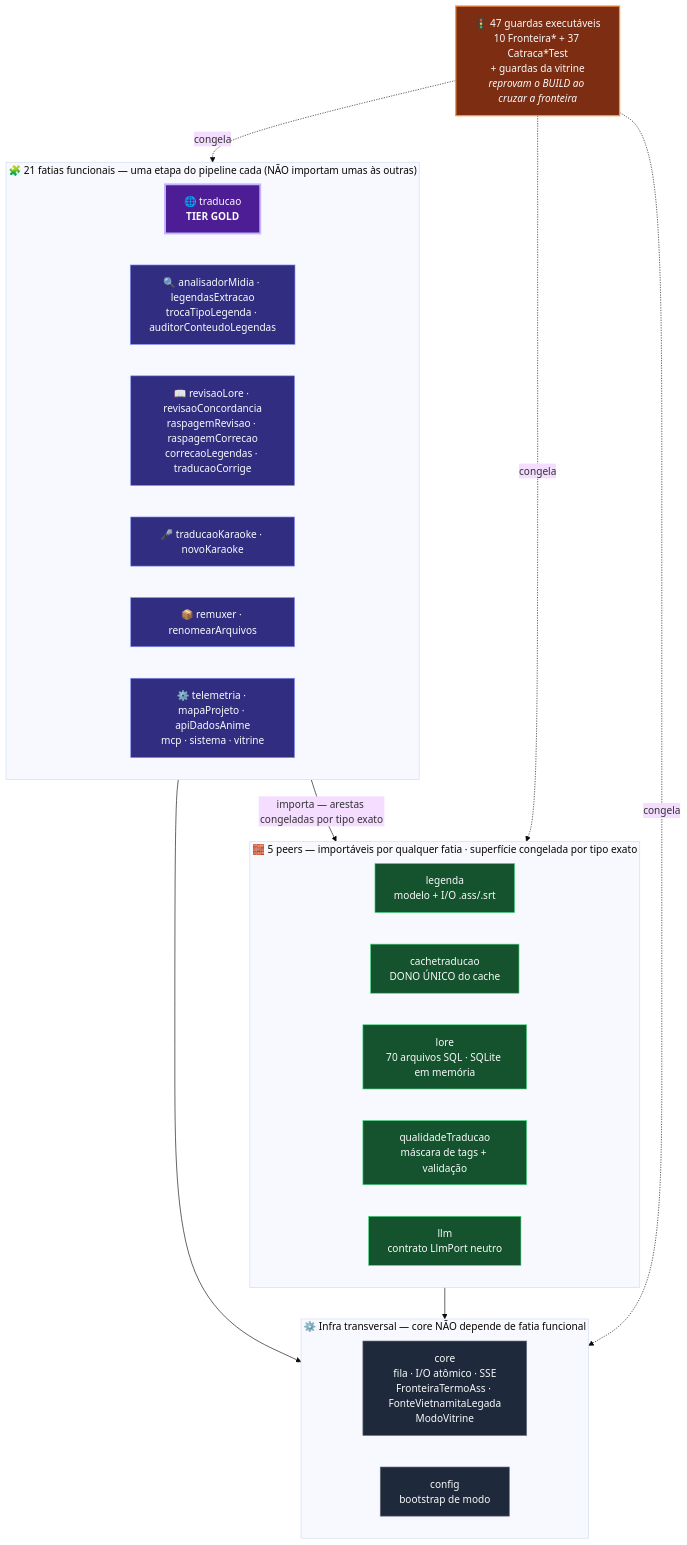
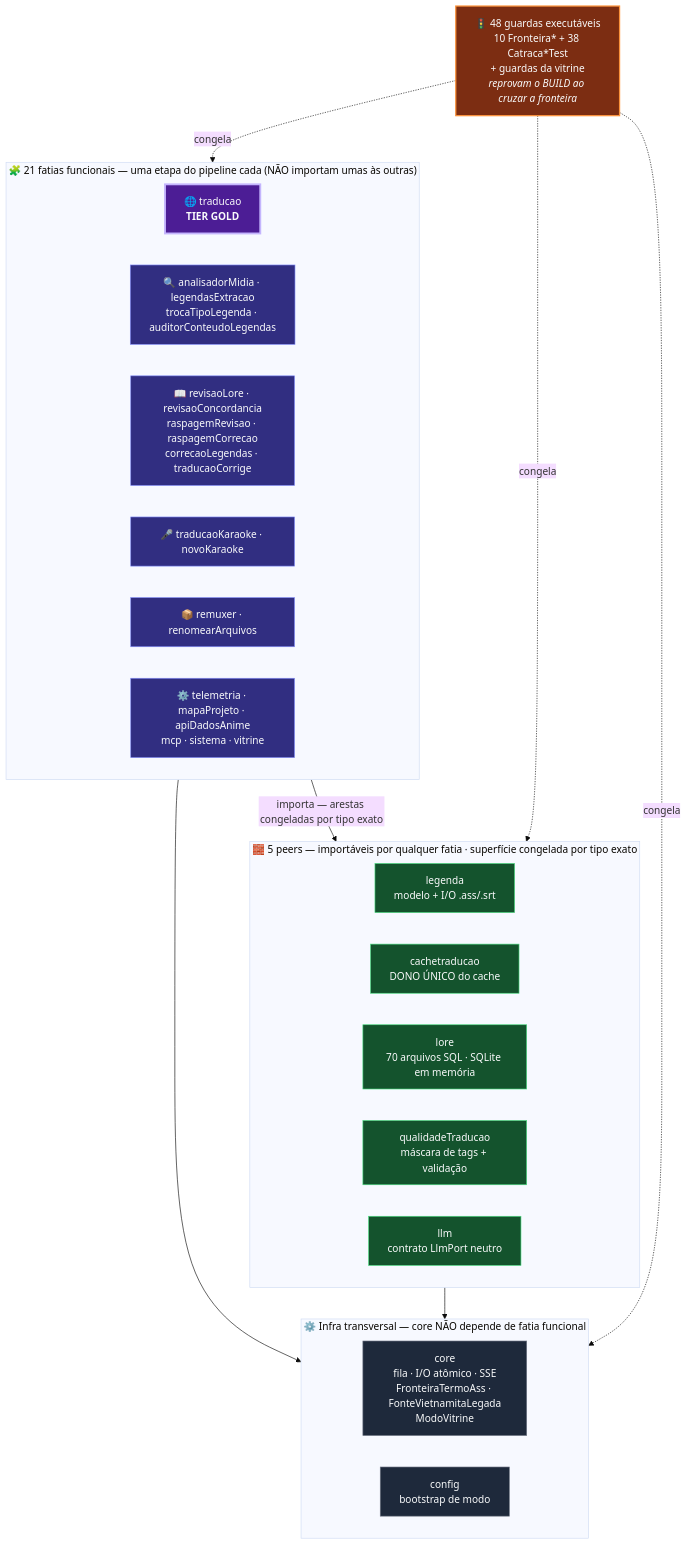
One commit to carmipa/kronos changed the first of 5 diagrams in docs/arquitetura.md. Above: the diagram before and after it, drawn with Mermaid (base theme). The commit also changed other lines of this file and 3 other files, not shown here.

````diff
--- a/docs/arquitetura.md
+++ b/docs/arquitetura.md
@@ -148,47 +160,47 @@
 ```mermaid
 graph TB
     subgraph FUNC["🧩 21 fatias funcionais — uma etapa do pipeline cada (NÃO importam umas às outras)"]
         direction LR
         TRAD["🌐 traducao<br/><b>TIER GOLD</b>"]
         PREP["🔍 analisadorMidia · legendasExtracao<br/>trocaTipoLegenda · auditorConteudoLegendas"]
         QUALF["📖 revisaoLore · revisaoConcordancia<br/>raspagemRevisao · raspagemCorrecao<br/>correcaoLegendas · traducaoCorrige"]
         KAR["🎤 traducaoKaraoke · novoKaraoke"]
         FIM["📦 remuxer · renomearArquivos"]
         SIS["⚙️ telemetria · mapaProjeto · apiDadosAnime<br/>mcp · sistema · vitrine"]
     end
 
     subgraph PEERS["🧱 5 peers — importáveis por qualquer fatia · superfície congelada por tipo exato"]
         direction LR
         LEG["legenda<br/>modelo + I/O .ass/.srt"]
         CACHE["cachetraducao<br/>DONO ÚNICO do cache"]
         CTX["lore<br/>70 arquivos SQL · SQLite em memória"]
         QUAL["qualidadeTraducao<br/>máscara de tags + validação"]
         LLM["llm<br/>contrato LlmPort neutro"]
     end
 
     subgraph BASE["⚙️ Infra transversal — core NÃO depende de fatia funcional"]
         direction LR
         CORE["core<br/>fila · I/O atômico · SSE<br/>FronteiraTermoAss · FonteVietnamitaLegada<br/>ModoVitrine"]
         CFG["config<br/>bootstrap de modo"]
     end
 
-    GUARD["🚦 47 guardas executáveis<br/>10 Fronteira* + 37 Catraca*Test<br/>+ guardas da vitrine<br/><i>reprovam o BUILD ao cruzar a fronteira</i>"]
+    GUARD["🚦 48 guardas executáveis<br/>10 Fronteira* + 38 Catraca*Test<br/>+ guardas da vitrine<br/><i>reprovam o BUILD ao cruzar a fronteira</i>"]
 
     FUNC -->|"importa — arestas congeladas por tipo exato"| PEERS
     FUNC --> BASE
     PEERS --> BASE
     GUARD -.->|congela| FUNC
     GUARD -.->|congela| PEERS
     GUARD -.->|congela| BASE
 
     classDef func fill:#312e81,stroke:#818CF8,color:#F9FAFB
     classDef gold fill:#4c1d95,stroke:#C4B5FD,color:#F9FAFB,stroke-width:3px
     classDef peer fill:#14532d,stroke:#4ADE80,color:#F9FAFB
     classDef base fill:#1e293b,stroke:#6B7280,color:#F9FAFB
     classDef guard fill:#7c2d12,stroke:#FB923C,color:#F9FAFB,stroke-width:2px
     class PREP,QUALF,KAR,FIM,SIS func
     class TRAD gold
     class LEG,CACHE,CTX,QUAL,LLM peer
     class CORE,CFG base
     class GUARD guard
 ```
````
